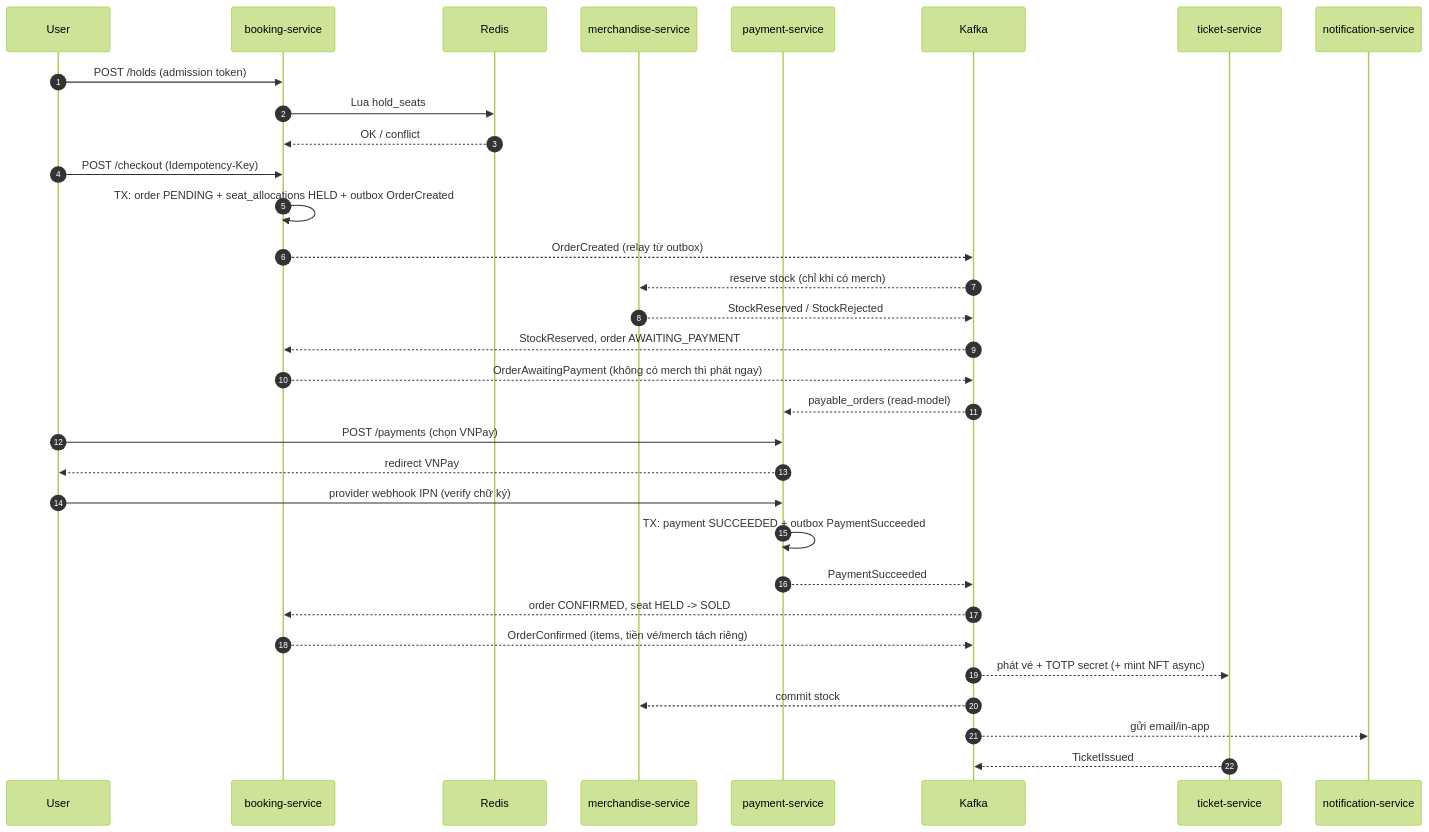
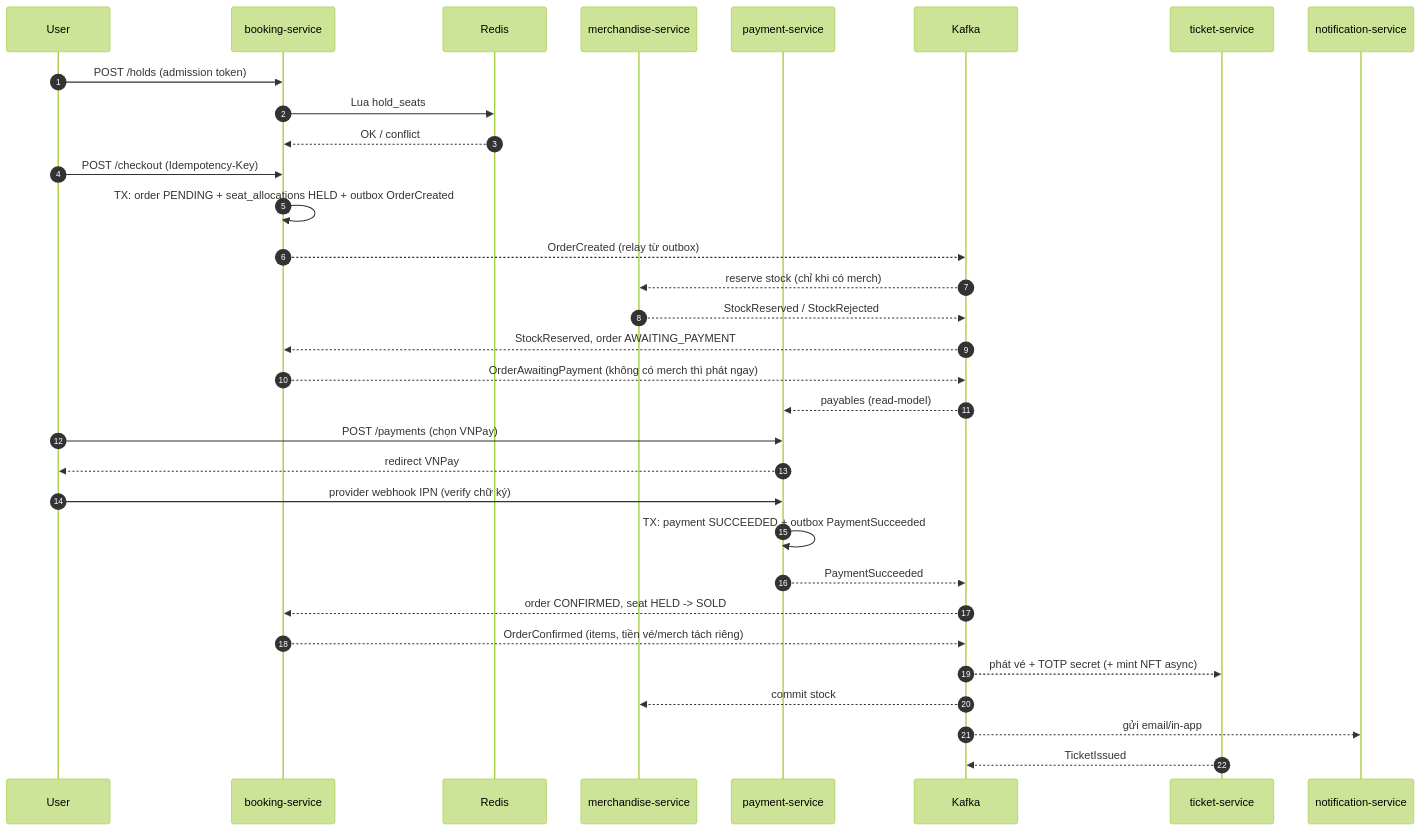
Before and after one commit to tvangx/VENTIX: the second of 13 diagrams in docs/architecture/architecture-v2.md, drawn with Mermaid (forest theme). The commit also changed other lines of this file and 14 other files, not shown here.

````diff
--- a/docs/architecture/architecture-v2.md
+++ b/docs/architecture/architecture-v2.md
@@ -226,35 +226,35 @@
 ```mermaid
 sequenceDiagram
   autonumber
   participant U as User
   participant BK as booking-service
   participant R as Redis
   participant MC as merchandise-service
   participant PAY as payment-service
   participant K as Kafka
   participant TK as ticket-service
   participant NT as notification-service
 
   U->>BK: POST /holds (admission token)
   BK->>R: Lua hold_seats
   R-->>BK: OK / conflict
   U->>BK: POST /checkout (Idempotency-Key)
   BK->>BK: TX: order PENDING + seat_allocations HELD + outbox OrderCreated
   BK-->>K: OrderCreated (relay từ outbox)
   K-->>MC: reserve stock (chỉ khi có merch)
   MC-->>K: StockReserved / StockRejected
   K-->>BK: StockReserved, order AWAITING_PAYMENT
   BK-->>K: OrderAwaitingPayment (không có merch thì phát ngay)
-  K-->>PAY: payable_orders (read-model)
+  K-->>PAY: payables (read-model)
   U->>PAY: POST /payments (chọn VNPay)
   PAY-->>U: redirect VNPay
   U->>PAY: provider webhook IPN (verify chữ ký)
   PAY->>PAY: TX: payment SUCCEEDED + outbox PaymentSucceeded
   PAY-->>K: PaymentSucceeded
   K-->>BK: order CONFIRMED, seat HELD -> SOLD
   BK-->>K: OrderConfirmed (items, tiền vé/merch tách riêng)
   K-->>TK: phát vé + TOTP secret (+ mint NFT async)
   K-->>MC: commit stock
   K-->>NT: gửi email/in-app
   TK-->>K: TicketIssued
 ```
````
